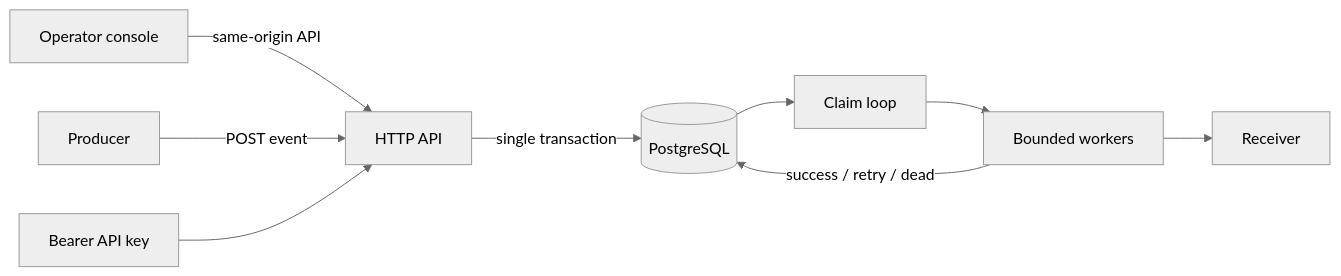
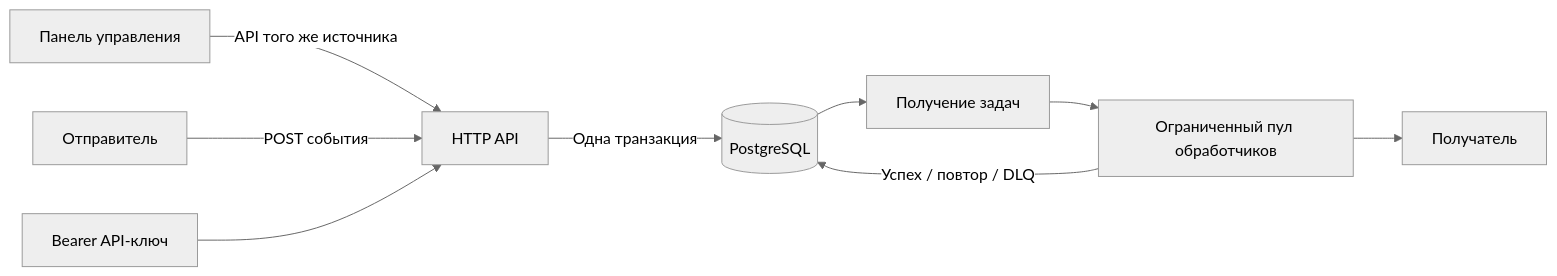
One commit to PCenjoyer/GoProject changed the diagram in docs/architecture.md. Above: the diagram before and after it, drawn with Mermaid (neutral theme). The commit also changed other lines of this file and 10 other files, not shown here.

````diff
--- a/docs/architecture.md
+++ b/docs/architecture.md
@@ -5,11 +5,11 @@
 ```mermaid
 flowchart LR
-    U[Operator console] -->|same-origin API| A[HTTP API]
-    P[Producer] -->|POST event| A
-    K[Bearer API key] --> A
-    A -->|single transaction| DB[(PostgreSQL)]
-    DB --> Q[Claim loop]
-    Q --> W[Bounded workers]
-    W --> R[Receiver]
-    W -->|success / retry / dead| DB
+    U["Панель управления"] -->|"API того же источника"| A["HTTP API"]
+    P["Отправитель"] -->|"POST события"| A
+    K["Bearer API-ключ"] --> A
+    A -->|"Одна транзакция"| DB[("PostgreSQL")]
+    DB --> Q["Получение задач"]
+    Q --> W["Ограниченный пул обработчиков"]
+    W --> R["Получатель"]
+    W -->|"Успех / повтор / DLQ"| DB
 ```
````
